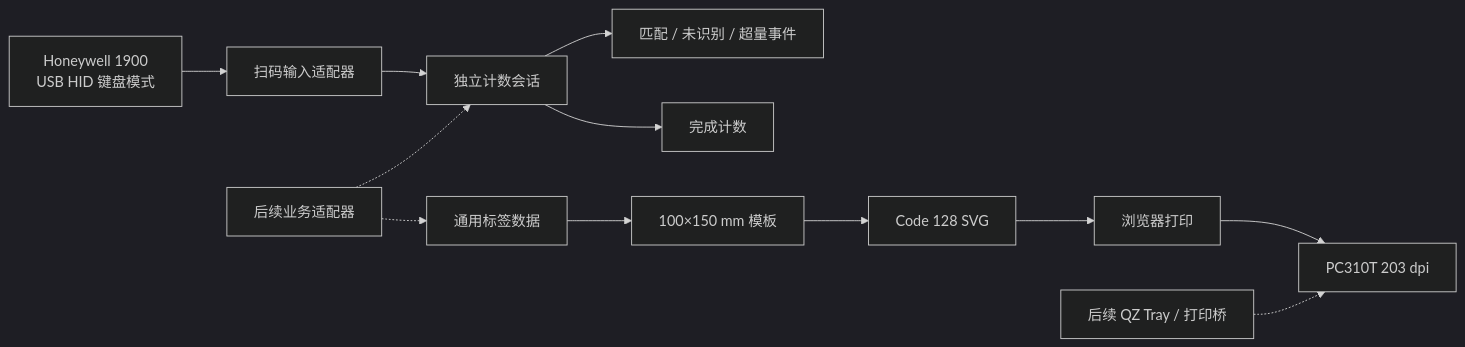
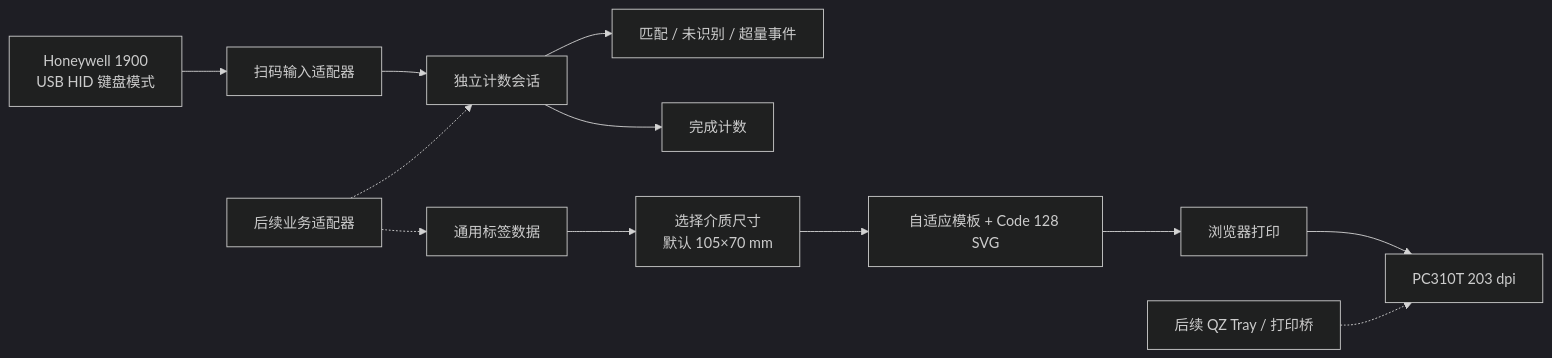
One commit to goldf2/mes-lite changed the second of 15 diagrams in docs/minierp/system-function-flow.md. Above: the diagram before and after it, drawn with Mermaid (dark theme). The commit also changed other lines of this file and 25 other files, not shown here.

````diff
--- a/docs/minierp/system-function-flow.md
+++ b/docs/minierp/system-function-flow.md
@@ -112,16 +112,16 @@
 ```mermaid
 flowchart LR
   A["Honeywell 1900<br/>USB HID 键盘模式"] --> B["扫码输入适配器"]
   B --> C["独立计数会话"]
   C --> D["匹配 / 未识别 / 超量事件"]
   C --> E["完成计数"]
 
-  F["通用标签数据"] --> G["100×150 mm 模板"]
-  G --> H["Code 128 SVG"]
+  F["通用标签数据"] --> G["选择介质尺寸<br/>默认 105×70 mm"]
+  G --> H["自适应模板 + Code 128 SVG"]
   H --> I["浏览器打印"]
   I --> J["PC310T 203 dpi"]
 
   K["后续业务适配器"] -.-> C
   K -.-> F
   L["后续 QZ Tray / 打印桥"] -.-> J
 ```
````
